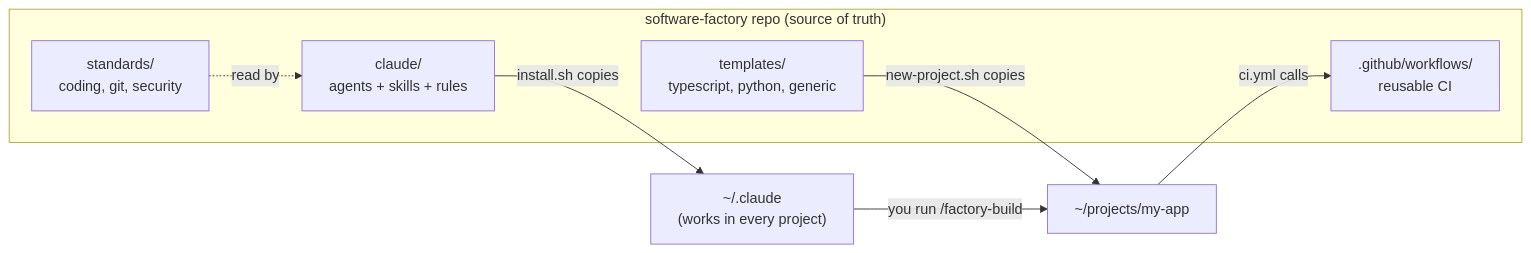
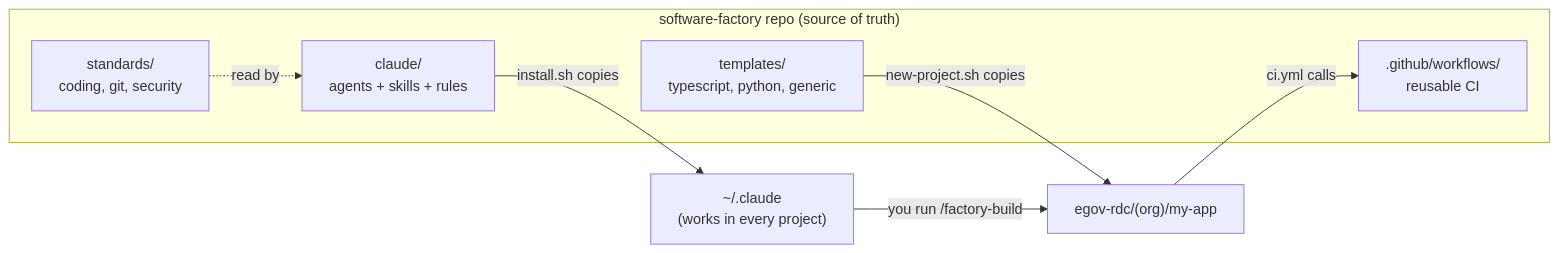
The first of 2 diagrams in docs/HOW-IT-WORKS.md (egov-sofa/software-factory), drawn with Mermaid before and after one commit. The commit also changed other lines of this file and 16 other files, not shown here.

First line of the commit message:
feat: move factory to egov-sofa org; projects in <workspace>/<org>/<name> (#1)

````diff
--- a/docs/HOW-IT-WORKS.md
+++ b/docs/HOW-IT-WORKS.md
@@ -5,15 +5,15 @@
 ```mermaid
 flowchart LR
     subgraph Factory["software-factory repo (source of truth)"]
         A[claude/<br/>agents + skills + rules]
         T[templates/<br/>typescript, python, generic]
         W[.github/workflows/<br/>reusable CI]
         S[standards/<br/>coding, git, security]
     end
 
     A -- install.sh copies --> C["~/.claude<br/>(works in every project)"]
-    T -- new-project.sh copies --> P["~/projects/my-app"]
+    T -- new-project.sh copies --> P["egov-rdc/(org)/my-app"]
     P -- ci.yml calls --> W
     S -. read by .-> A
     C -- you run /factory-build --> P
 ```
````
